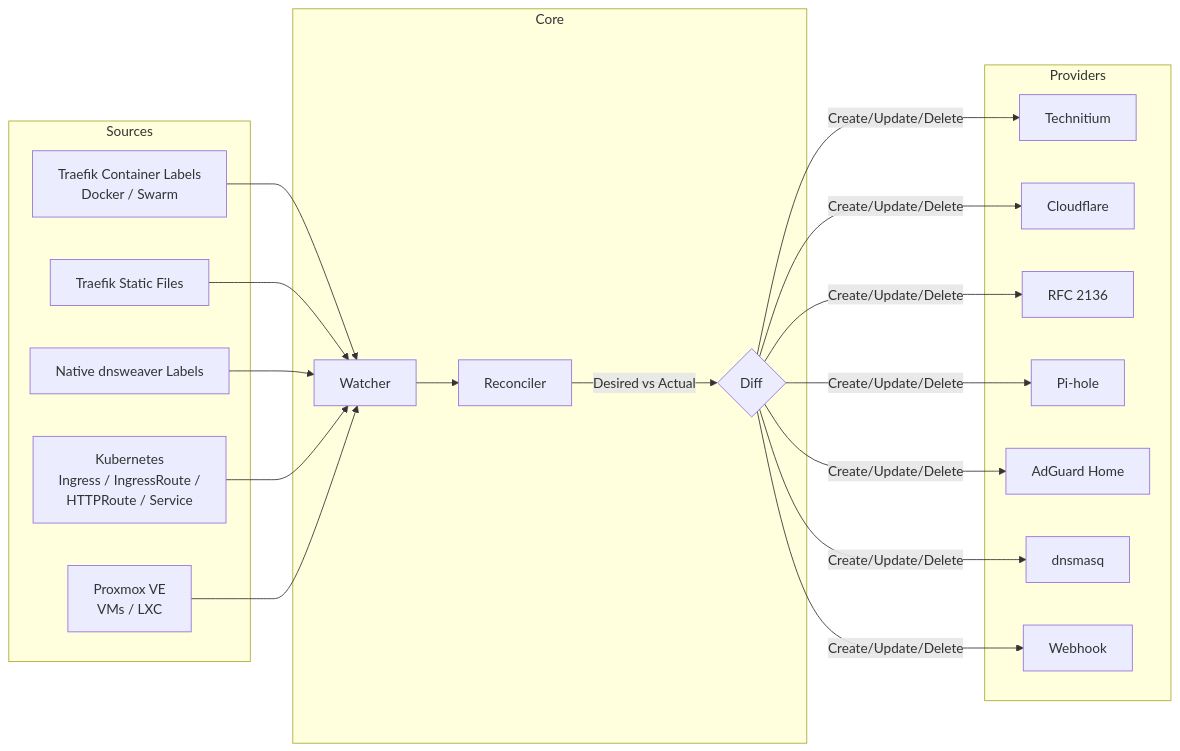
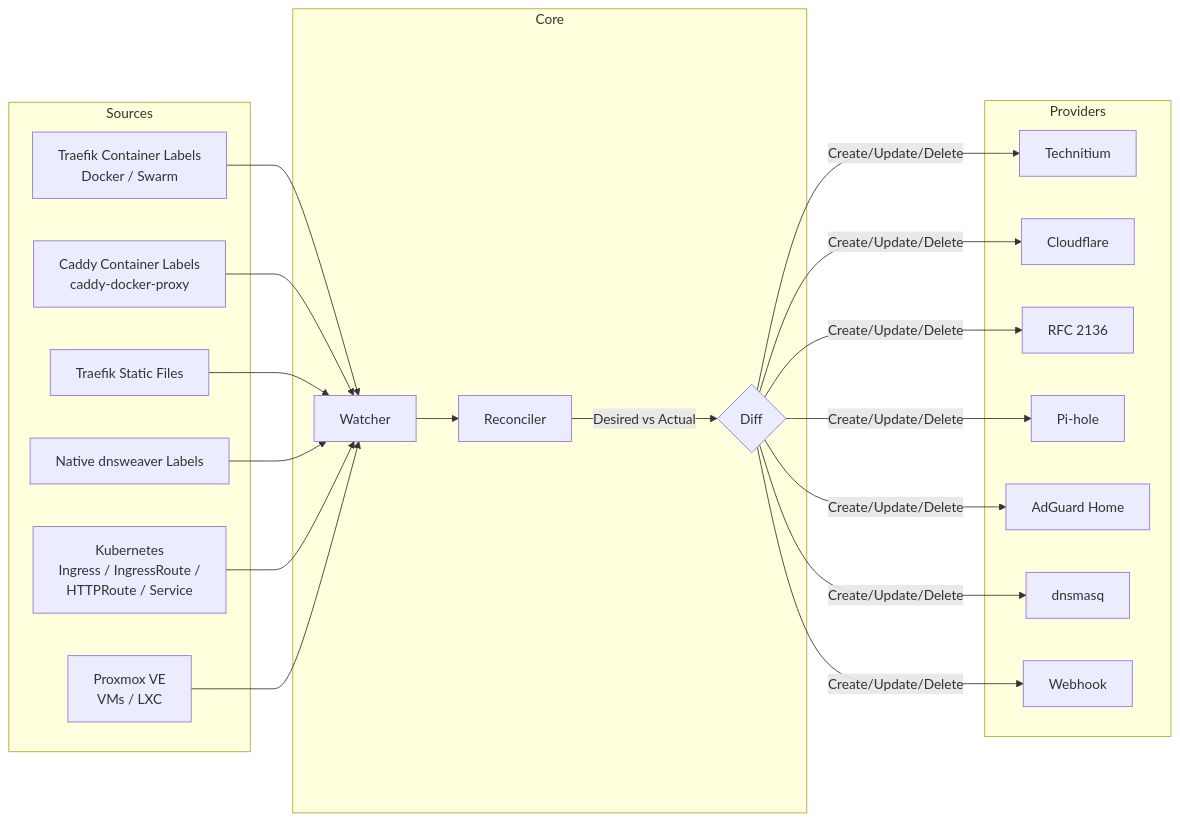
The diagram in docs/contributing/architecture.md (AnotherGenZ/dnsweaver), drawn with Mermaid before and after one commit. The commit also changed 10 other files, not shown here.

````diff
--- a/docs/contributing/architecture.md
+++ b/docs/contributing/architecture.md
@@ -9,28 +9,29 @@
 ```mermaid
 graph LR
     subgraph Sources
         S1[Traefik Container Labels<br/>Docker / Swarm]
-        S2[Traefik Static Files]
-        S3[Native dnsweaver Labels]
-        S4[Kubernetes<br/>Ingress / IngressRoute /<br/>HTTPRoute / Service]
-        S5[Proxmox VE<br/>VMs / LXC]
+        S2[Caddy Container Labels<br/>caddy-docker-proxy]
+        S3[Traefik Static Files]
+        S4[Native dnsweaver Labels]
+        S5[Kubernetes<br/>Ingress / IngressRoute /<br/>HTTPRoute / Service]
+        S6[Proxmox VE<br/>VMs / LXC]
     end
 
     subgraph Core
         W[Watcher] --> R[Reconciler]
         R --> |Desired vs Actual| D{Diff}
     end
 
     subgraph Providers
         P1[Technitium]
         P2[Cloudflare]
         P3[RFC 2136]
         P4[Pi-hole]
         P5[AdGuard Home]
         P6[dnsmasq]
         P7[Webhook]
     end
 
-    S1 & S2 & S3 & S4 & S5 --> W
+    S1 & S2 & S3 & S4 & S5 & S6 --> W
     D --> |Create/Update/Delete| P1 & P2 & P3 & P4 & P5 & P6 & P7
 ```
````
